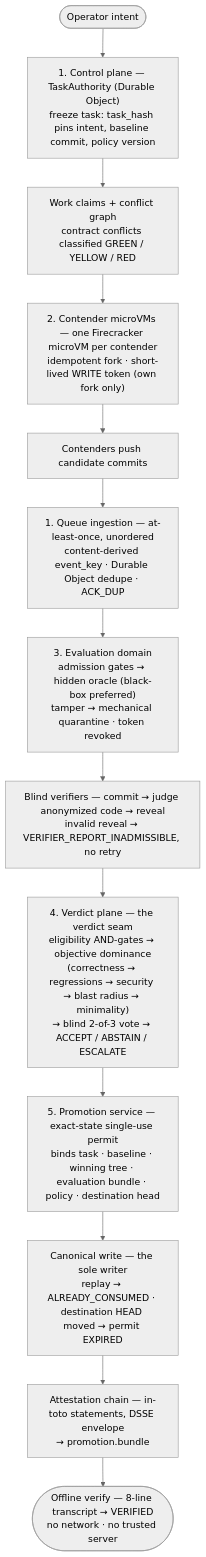
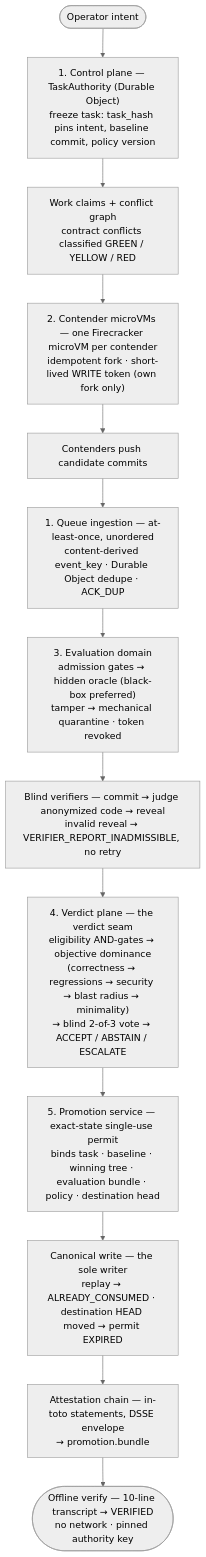
One commit to YashwanthGathuku/Madgrix changed the diagram in docs/ARCHITECTURE.md. Above: the diagram before and after it, drawn with Mermaid (neutral theme). The commit also changed other lines of this file and 23 other files, not shown here.

````diff
--- a/docs/ARCHITECTURE.md
+++ b/docs/ARCHITECTURE.md
@@ -10,15 +10,15 @@
 ```mermaid
 flowchart TB
     INTENT(["Operator intent"]) --> FREEZE["1. Control plane — TaskAuthority (Durable Object)<br/>freeze task: task_hash pins intent, baseline commit, policy version"]
     FREEZE --> CLAIMS["Work claims + conflict graph<br/>contract conflicts classified GREEN / YELLOW / RED"]
     CLAIMS --> FORKS["2. Contender microVMs — one Firecracker microVM per contender<br/>idempotent fork · short-lived WRITE token (own fork only)"]
     FORKS --> PUSH["Contenders push candidate commits"]
     PUSH --> QUEUE["1. Queue ingestion — at-least-once, unordered<br/>content-derived event_key · Durable Object dedupe · ACK_DUP"]
     QUEUE --> EVAL["3. Evaluation domain<br/>admission gates → hidden oracle (black-box preferred)<br/>tamper → mechanical quarantine · token revoked"]
     EVAL --> VER["Blind verifiers — commit → judge anonymized code → reveal<br/>invalid reveal → VERIFIER_REPORT_INADMISSIBLE, no retry"]
     VER --> SEAM["4. Verdict plane — the verdict seam<br/>eligibility AND-gates → objective dominance<br/>(correctness → regressions → security → blast radius → minimality)<br/>→ blind 2-of-3 vote → ACCEPT / ABSTAIN / ESCALATE"]
     SEAM --> PERMIT["5. Promotion service — exact-state single-use permit<br/>binds task · baseline · winning tree · evaluation bundle · policy · destination head"]
     PERMIT --> PROMOTE["Canonical write — the sole writer<br/>replay → ALREADY_CONSUMED · destination HEAD moved → permit EXPIRED"]
     PROMOTE --> ATTEST["Attestation chain — in-toto statements, DSSE envelope<br/>→ promotion.bundle"]
-    ATTEST --> OFFLINE(["Offline verify — 8-line transcript → VERIFIED<br/>no network · no trusted server"])
+    ATTEST --> OFFLINE(["Offline verify — 10-line transcript → VERIFIED<br/>no network · pinned authority key"])
 ```
````
